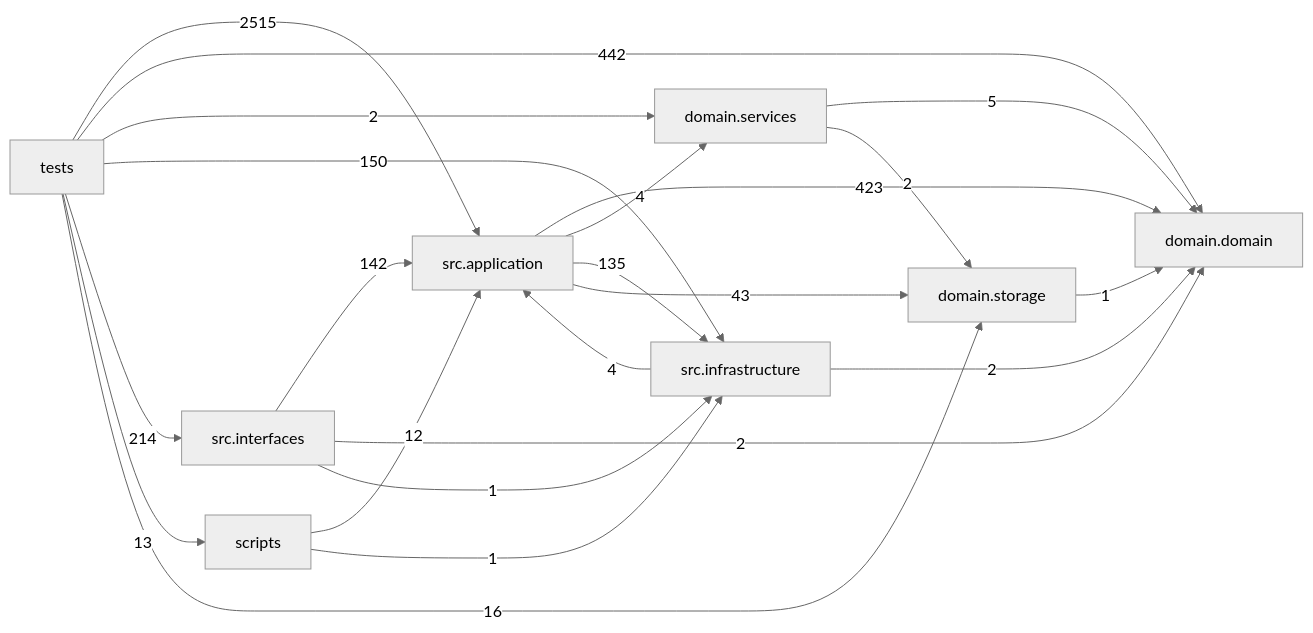
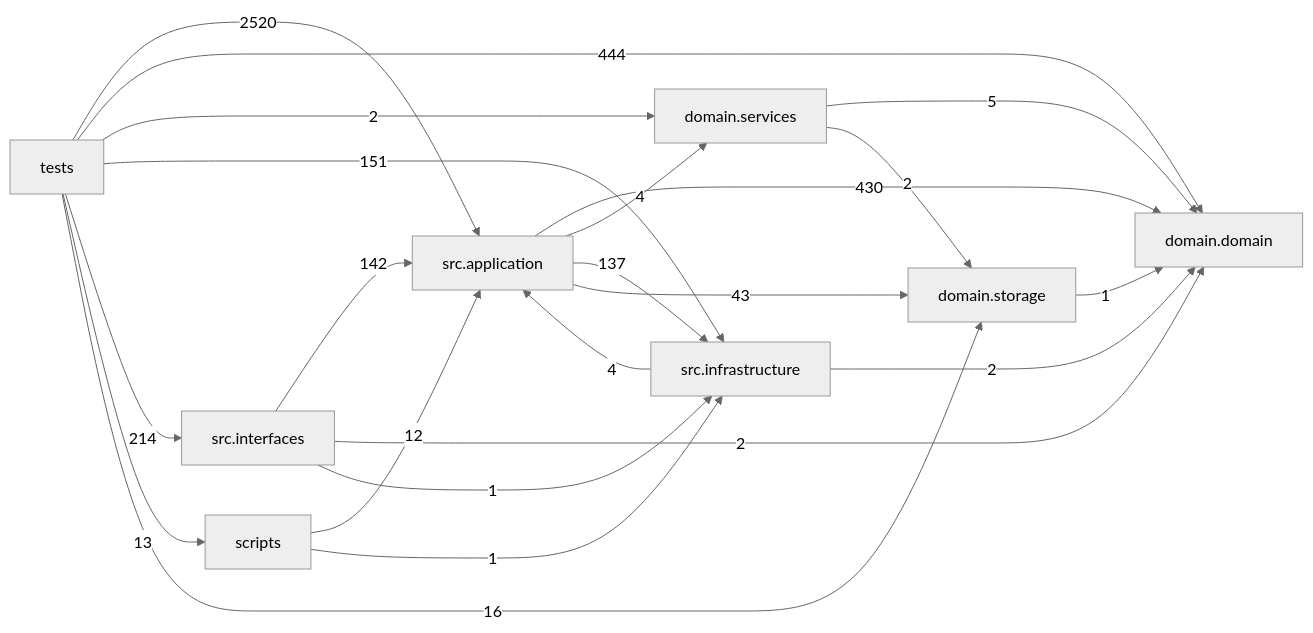
One commit to liuxie066/options-monitor changed the diagram in docs/DEPENDENCY_GRAPH.md. Above: the diagram before and after it, drawn with Mermaid (neutral theme). The commit also changed other lines of this file and 1 other file, not shown here.

Commit message:
chore: regenerate dependency graph for 1.11.0

````diff
--- a/docs/DEPENDENCY_GRAPH.md
+++ b/docs/DEPENDENCY_GRAPH.md
@@ -24,32 +24,32 @@
 ```mermaid
 flowchart LR
   tests["tests"]
   scripts["scripts"]
   interfaces["src.interfaces"]
   application["src.application"]
   infrastructure["src.infrastructure"]
   domain_services["domain.services"]
   domain["domain.domain"]
   storage["domain.storage"]
-  application -->|423| domain
+  application -->|430| domain
   application -->|4| domain_services
-  application -->|135| infrastructure
+  application -->|137| infrastructure
   application -->|43| storage
   domain_services -->|5| domain
   domain_services -->|2| storage
   infrastructure -->|4| application
   infrastructure -->|2| domain
   interfaces -->|142| application
   interfaces -->|2| domain
   interfaces -->|1| infrastructure
   scripts -->|12| application
   scripts -->|1| infrastructure
   storage -->|1| domain
-  tests -->|2515| application
-  tests -->|442| domain
+  tests -->|2520| application
+  tests -->|444| domain
   tests -->|2| domain_services
-  tests -->|150| infrastructure
+  tests -->|151| infrastructure
   tests -->|214| interfaces
   tests -->|13| scripts
   tests -->|16| storage
 ```
````
